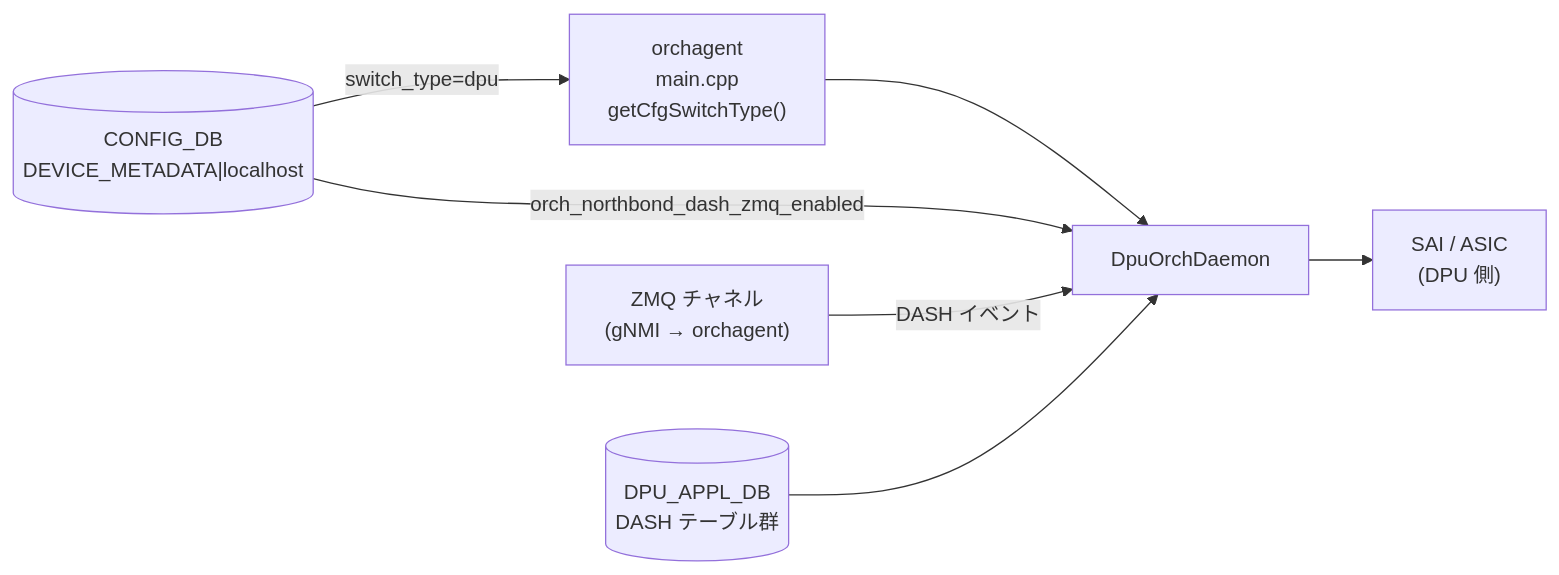
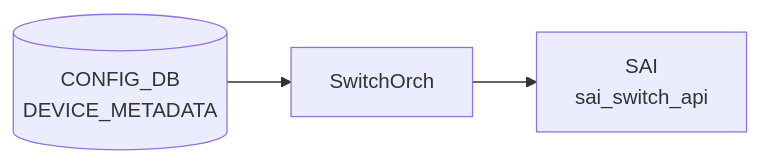
One commit to aoki-taquan/sonic-unofficial-docs changed the diagram in docs/reference/config-db/dpu-orch.md. Above: the diagram before and after it, drawn with Mermaid. The commit also changed other lines of this file and 359 other files, not shown here.

````diff
--- a/docs/reference/config-db/dpu-orch.md
+++ b/docs/reference/config-db/dpu-orch.md
@@ -65,16 +65,8 @@
 ```mermaid
 flowchart LR
-  CDB[("CONFIG_DB<br/>DEVICE_METADATA|localhost")]
-  Main["orchagent<br/>main.cpp<br/>getCfgSwitchType()"]
-  Daemon["DpuOrchDaemon"]
-  DASH_DB[("DPU_APPL_DB<br/>DASH テーブル群")]
-  ZMQ["ZMQ チャネル<br/>(gNMI → orchagent)"]
-  SAI["SAI / ASIC<br/>(DPU 側)"]
-
-  CDB -->|switch_type=dpu| Main
-  Main --> Daemon
-  CDB -->|orch_northbond_dash_zmq_enabled| Daemon
-  ZMQ -->|DASH イベント| Daemon
-  DASH_DB --> Daemon
-  Daemon --> SAI
+  CDB[("CONFIG_DB<br/>DEVICE_METADATA")]
+  DM["SwitchOrch"]
+  CDB --> DM
+  SAI["SAI<br/>sai_switch_api"]
+  DM --> SAI
 ```
````
